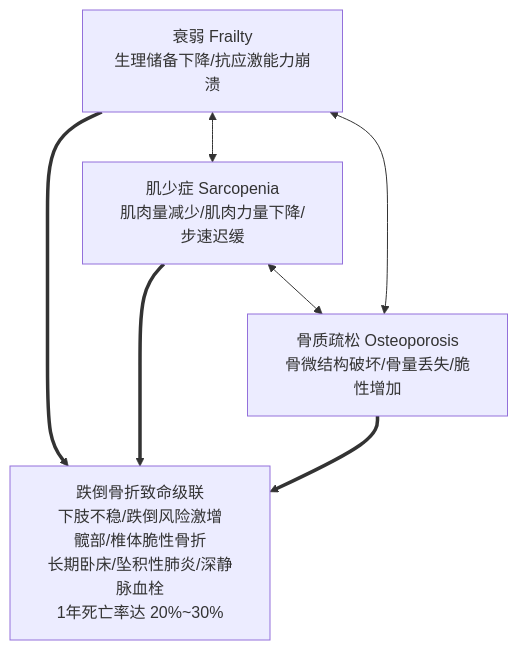
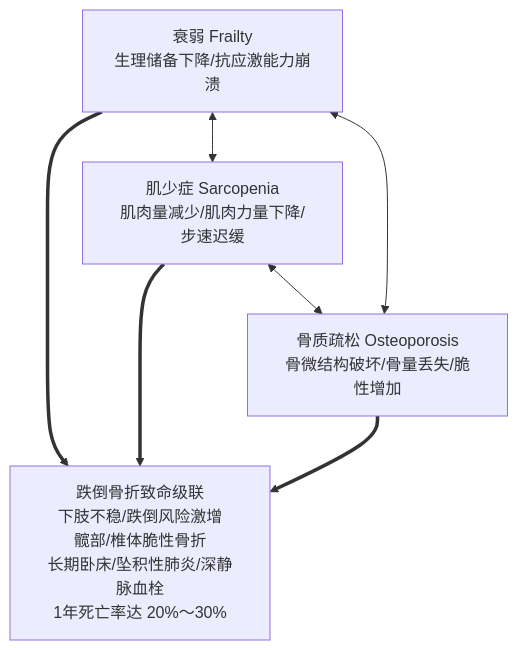
One commit to yangli216/medical-llm-wiki changed the first of 2 diagrams in wiki/synthesis/老年衰弱与肌少症合并骨质疏松综合管理.md. Above: the diagram before and after it, drawn with Mermaid. The commit also changed 21 other files, not shown here.

````diff
--- a/wiki/synthesis/老年衰弱与肌少症合并骨质疏松综合管理.md
+++ b/wiki/synthesis/老年衰弱与肌少症合并骨质疏松综合管理.md
@@ -24,15 +24,15 @@
 ```mermaid
 graph TD
     A[衰弱 Frailty
 生理储备下降/抗应激能力崩溃] <--> B[肌少症 Sarcopenia
 肌肉量减少/肌肉力量下降/步速迟缓]
     B <--> C[骨质疏松 Osteoporosis
 骨微结构破坏/骨量丢失/脆性增加]
     C <--> A
     
     A & B & C ==> Danger[跌倒骨折致命级联
 下肢不稳/跌倒风险激增
 髋部/椎体脆性骨折
 长期卧床/坠积性肺炎/深静脉血栓
-1年死亡率达 20%~30%]
+1年死亡率达 20%～30%]
 ```
````
